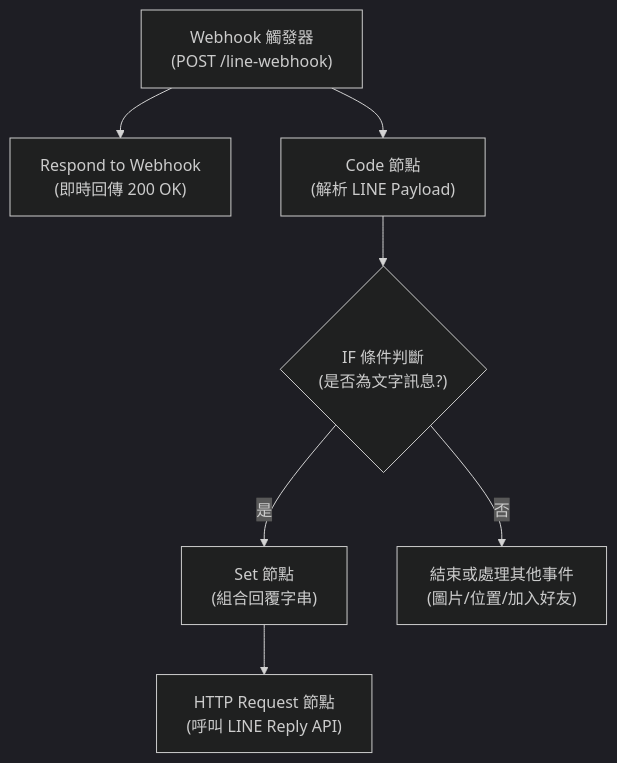
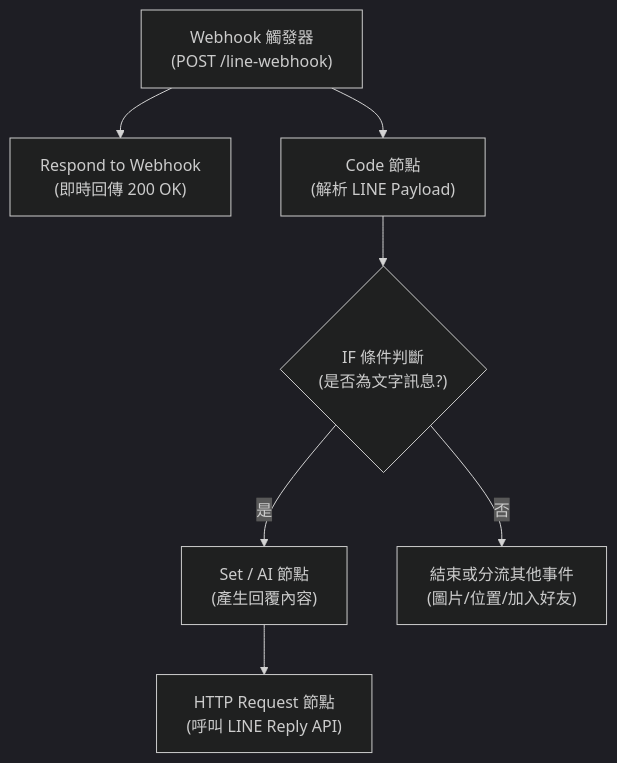
Before and after one commit to roberthsu2003/n8n: the second of 2 diagrams in 通訊軟體整合/LINE/README.md, drawn with Mermaid (dark theme). The commit also changed other lines of this file, not shown here.

````diff
--- a/通訊軟體整合/LINE/README.md
+++ b/通訊軟體整合/LINE/README.md
@@ -116,9 +147,9 @@
 ```mermaid
 flowchart TD
     A["Webhook 觸發器\n(POST /line-webhook)"] --> B["Respond to Webhook\n(即時回傳 200 OK)"]
     A --> C["Code 節點\n(解析 LINE Payload)"]
     C --> D{"IF 條件判斷\n(是否為文字訊息?)"}
-    D -- 是 --> E["Set 節點\n(組合回覆字串)"]
-    D -- 否 --> F["結束或處理其他事件\n(圖片/位置/加入好友)"]
+    D -- 是 --> E["Set / AI 節點\n(產生回覆內容)"]
+    D -- 否 --> F["結束或分流其他事件\n(圖片/位置/加入好友)"]
     E --> G["HTTP Request 節點\n(呼叫 LINE Reply API)"]
 ```
````
